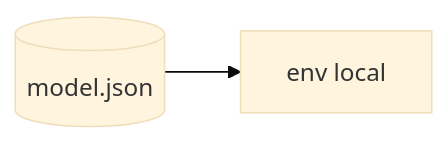
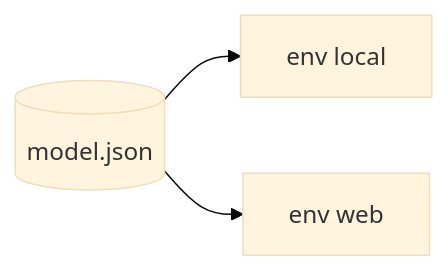
Before and after one commit to voxgig/repo-manager: the second of 2 diagrams in docs/reference/system-map.md, drawn with Mermaid (base theme). The commit also changed other lines of this file and 533 other files, not shown here.

````diff
--- a/docs/reference/system-map.md
+++ b/docs/reference/system-map.md
@@ -31,5 +42,6 @@
 ```mermaid
 flowchart LR
   model[(model.json)]
   model --> env_local[env local]
+  model --> env_web[env web]
 ```
````
